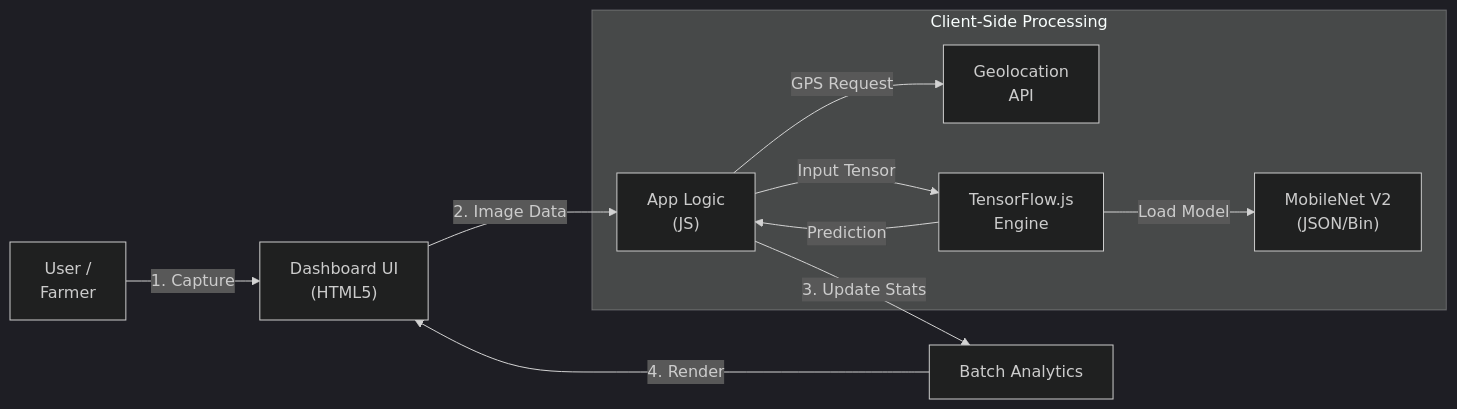
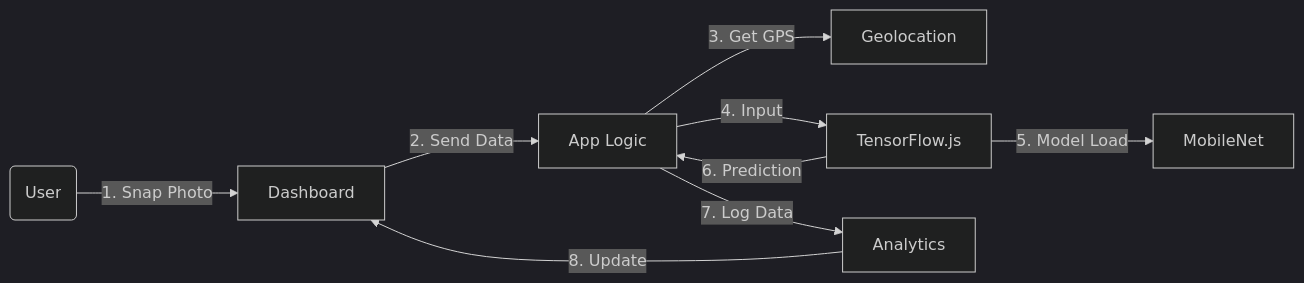
The diagram in ARCHITECTURE.md (GPaul02/Grade-O-Meter), drawn with Mermaid (dark theme) before and after one commit.

````diff
--- a/ARCHITECTURE.md
+++ b/ARCHITECTURE.md
@@ -10,15 +10,13 @@
 ```mermaid
 graph LR
-    User["User /<br/>Farmer"] -->|1. Capture| UI["Dashboard UI<br/>(HTML5)"]
-    UI -->|2. Image Data| Logic["App Logic<br/>(JS)"]
+    User(User) -->|1. Snap Photo| UI[Dashboard]
+    UI -->|2. Send Data| Logic[App Logic]
     
-    subgraph "Client-Side Processing"
-        Logic -->|GPS Request| Geo["Geolocation<br/>API"]
-        Logic -->|Input Tensor| TF["TensorFlow.js<br/>Engine"]
-        TF -->|Load Model| Model["MobileNet V2<br/>(JSON/Bin)"]
-        TF -->|Prediction| Logic
-    end
+    Logic -->|3. Get GPS| Geo[Geolocation]
+    Logic -->|4. Input| TF[TensorFlow.js]
+    TF -->|5. Model Load| Model[MobileNet]
+    TF -->|6. Prediction| Logic
     
-    Logic -->|3. Update Stats| Batch["Batch Analytics"]
-    Batch -->|4. Render| UI
+    Logic -->|7. Log Data| Batch[Analytics]
+    Batch -->|8. Update| UI
 ```
````
